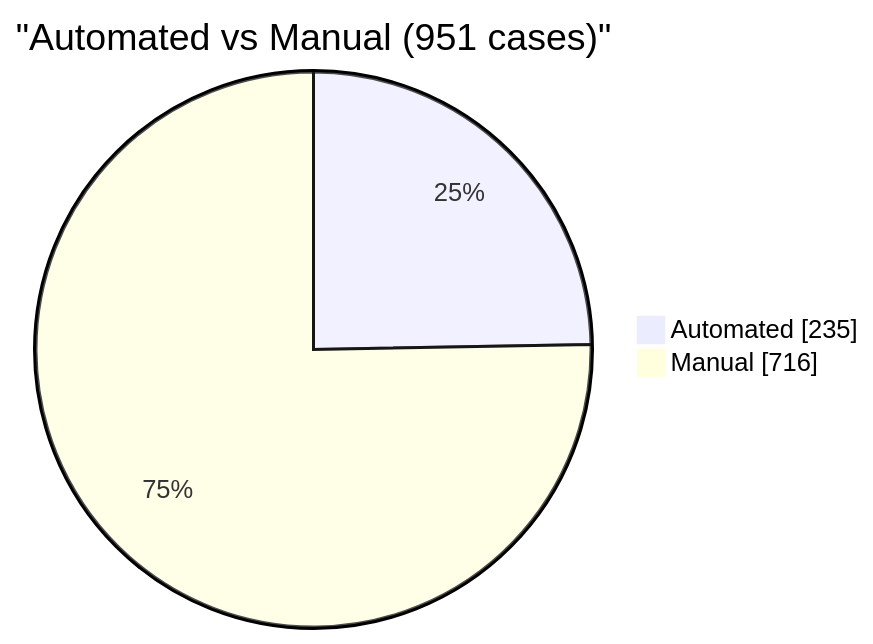
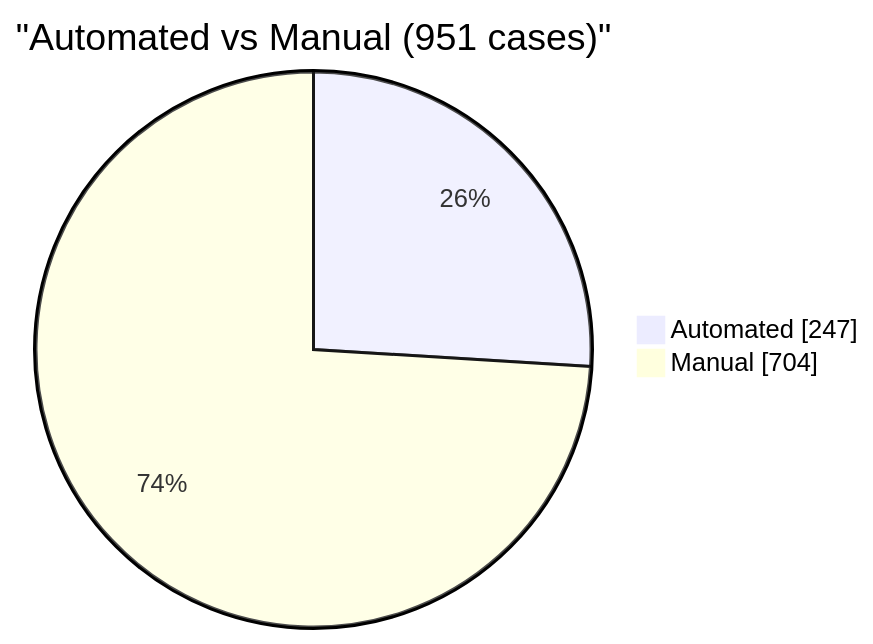
One commit to EliteaAI/onetest-ai-tm-Elitea changed the fifth of 6 diagrams in reports/dashboard.md. Above: the diagram before and after it, drawn with Mermaid. The commit also changed other lines of this file and 1 other file, not shown here.

````diff
--- a/reports/dashboard.md
+++ b/reports/dashboard.md
@@ -109,6 +109,6 @@
 ```mermaid
 pie showData
     title "Automated vs Manual (951 cases)"
-    "Automated" : 235
-    "Manual" : 716
+    "Automated" : 247
+    "Manual" : 704
 ```
````
